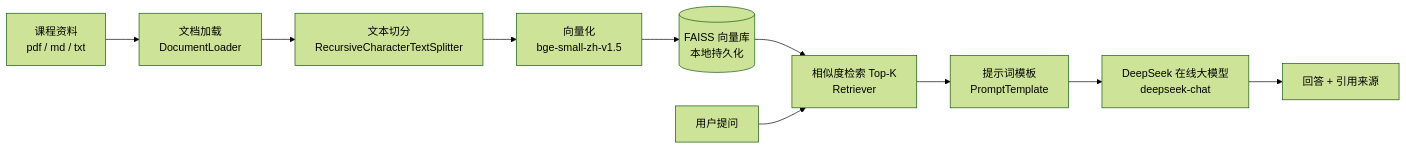
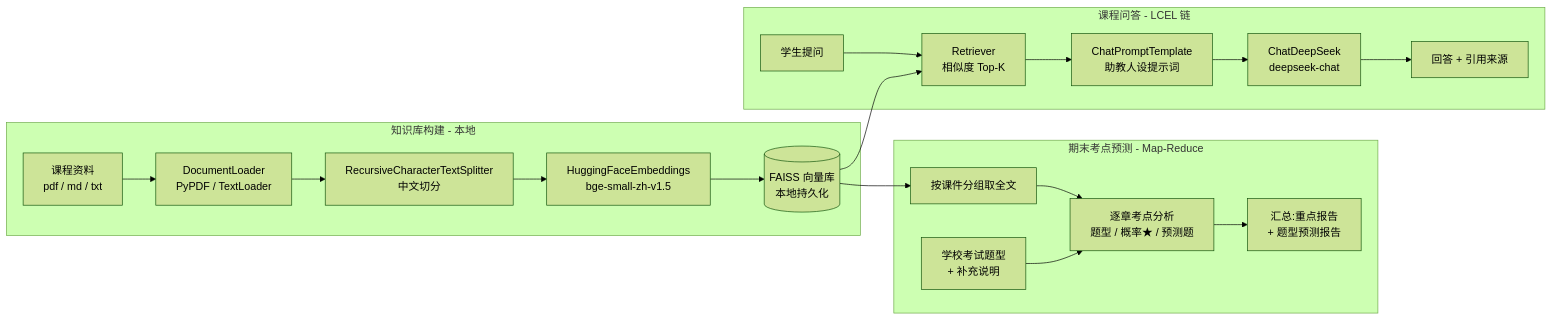
One commit to song0127382/course-rag-qa changed the diagram in README.md. Above: the diagram before and after it, drawn with Mermaid (forest theme). The commit also changed other lines of this file, not shown here.

````diff
--- a/README.md
+++ b/README.md
@@ -34,12 +89,22 @@
 ```mermaid
 flowchart LR
-    A[课程资料<br/>pdf / md / txt] --> B[文档加载<br/>DocumentLoader]
-    B --> C[文本切分<br/>RecursiveCharacterTextSplitter]
-    C --> D[向量化<br/>bge-small-zh-v1.5]
-    D --> E[(FAISS 向量库<br/>本地持久化)]
-    E --> F[相似度检索 Top-K<br/>Retriever]
-    Q[用户提问] --> F
-    F --> G[提示词模板<br/>PromptTemplate]
-    G --> H[DeepSeek 在线大模型<br/>deepseek-chat]
-    H --> I[回答 + 引用来源]
+    subgraph KB[知识库构建 - 本地]
+        A[课程资料<br/>pdf / md / txt] --> B[DocumentLoader<br/>PyPDF / TextLoader]
+        B --> C[RecursiveCharacterTextSplitter<br/>中文切分]
+        C --> D[HuggingFaceEmbeddings<br/>bge-small-zh-v1.5]
+        D --> E[(FAISS 向量库<br/>本地持久化)]
+    end
+    subgraph QA[课程问答 - LCEL 链]
+        Q[学生提问] --> F[Retriever<br/>相似度 Top-K]
+        E --> F
+        F --> G[ChatPromptTemplate<br/>助教人设提示词]
+        G --> H[ChatDeepSeek<br/>deepseek-chat]
+        H --> I[回答 + 引用来源]
+    end
+    subgraph EX[期末考点预测 - Map-Reduce]
+        E --> X[按课件分组取全文]
+        T[学校考试题型<br/>+ 补充说明] --> Y
+        X --> Y[逐章考点分析<br/>题型 / 概率★ / 预测题]
+        Y --> Z[汇总:重点报告<br/>+ 题型预测报告]
+    end
 ```
````
